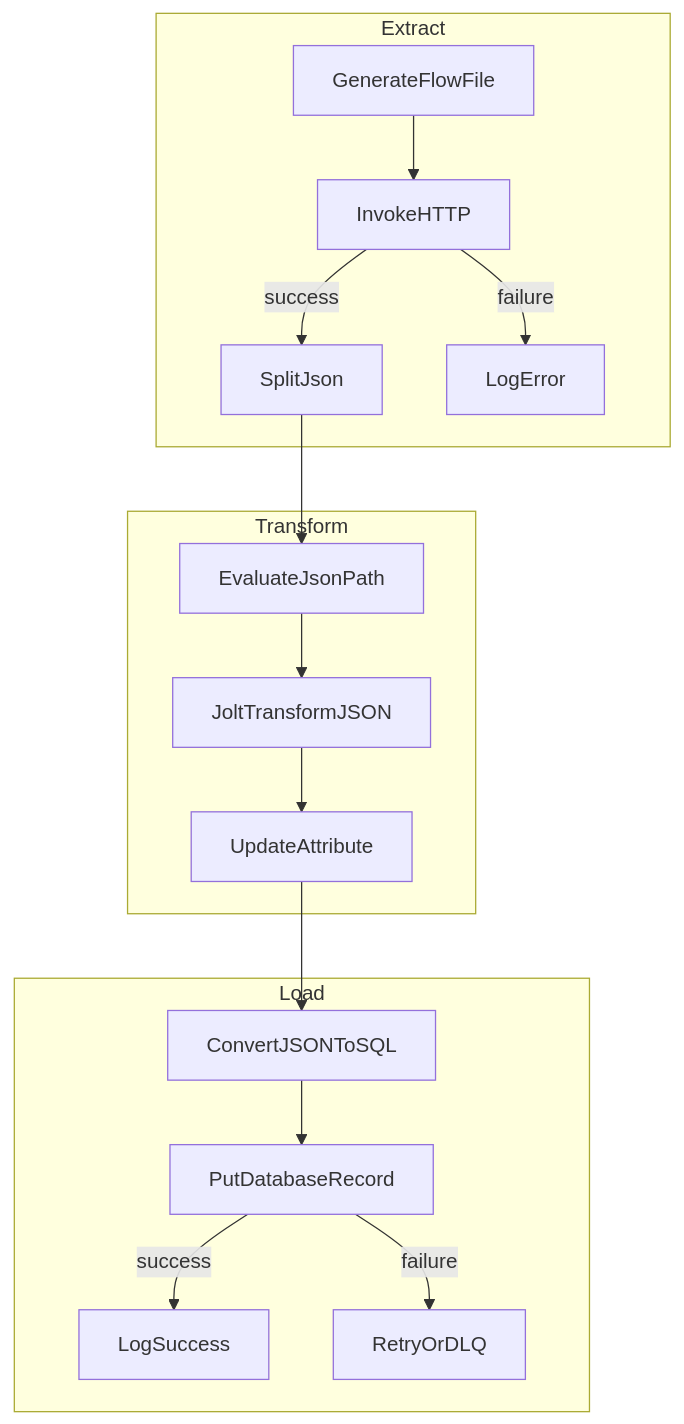
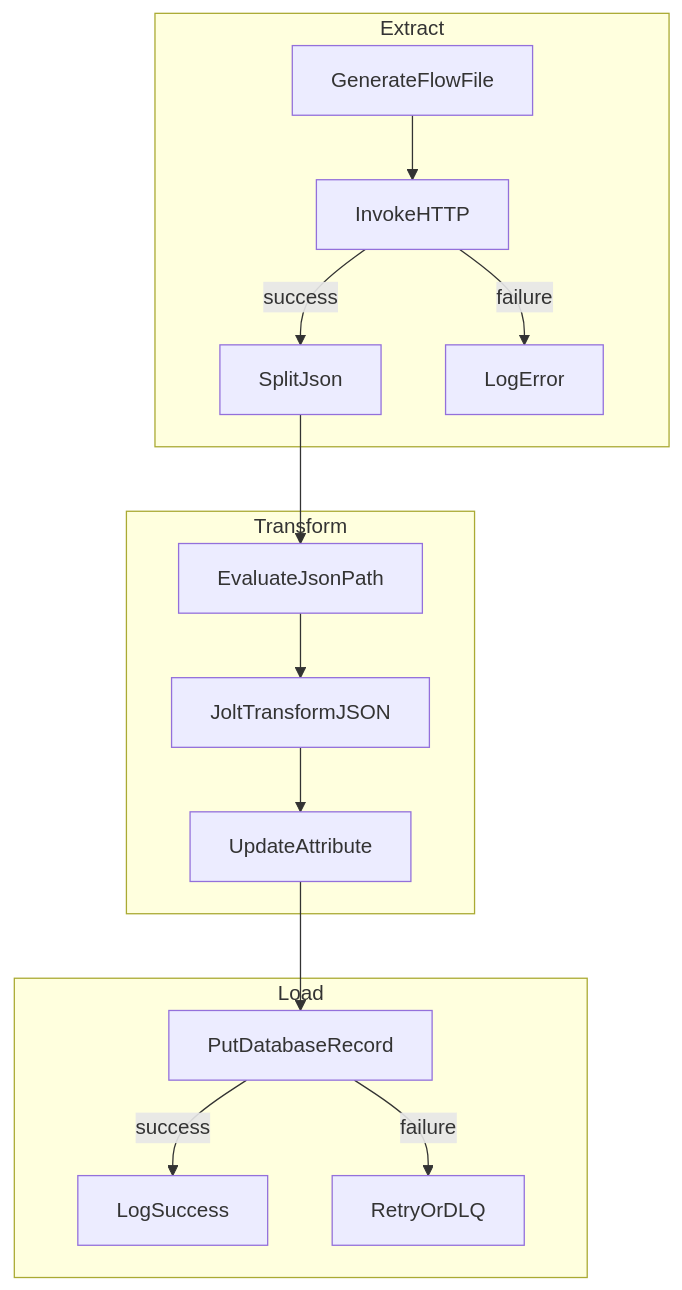
One commit to OneUptime/blog changed the third of 3 diagrams in posts/2026-01-24-configure-apache-nifi-flows/README.md. Above: the diagram before and after it, drawn with Mermaid. The commit also changed other lines of this file and 4262 other files, not shown here.

````diff
--- a/posts/2026-01-24-configure-apache-nifi-flows/README.md
+++ b/posts/2026-01-24-configure-apache-nifi-flows/README.md
@@ -184,21 +182,20 @@
 ```mermaid
 flowchart TB
     subgraph Extract
         A[GenerateFlowFile] --> B[InvokeHTTP]
         B --> |success| C[SplitJson]
         B --> |failure| E1[LogError]
     end
 
     subgraph Transform
         C --> D[EvaluateJsonPath]
         D --> F[JoltTransformJSON]
         F --> G[UpdateAttribute]
     end
 
     subgraph Load
-        G --> H[ConvertJSONToSQL]
-        H --> I[PutDatabaseRecord]
+        G --> I[PutDatabaseRecord]
         I --> |success| J[LogSuccess]
         I --> |failure| K[RetryOrDLQ]
     end
 ```
````
